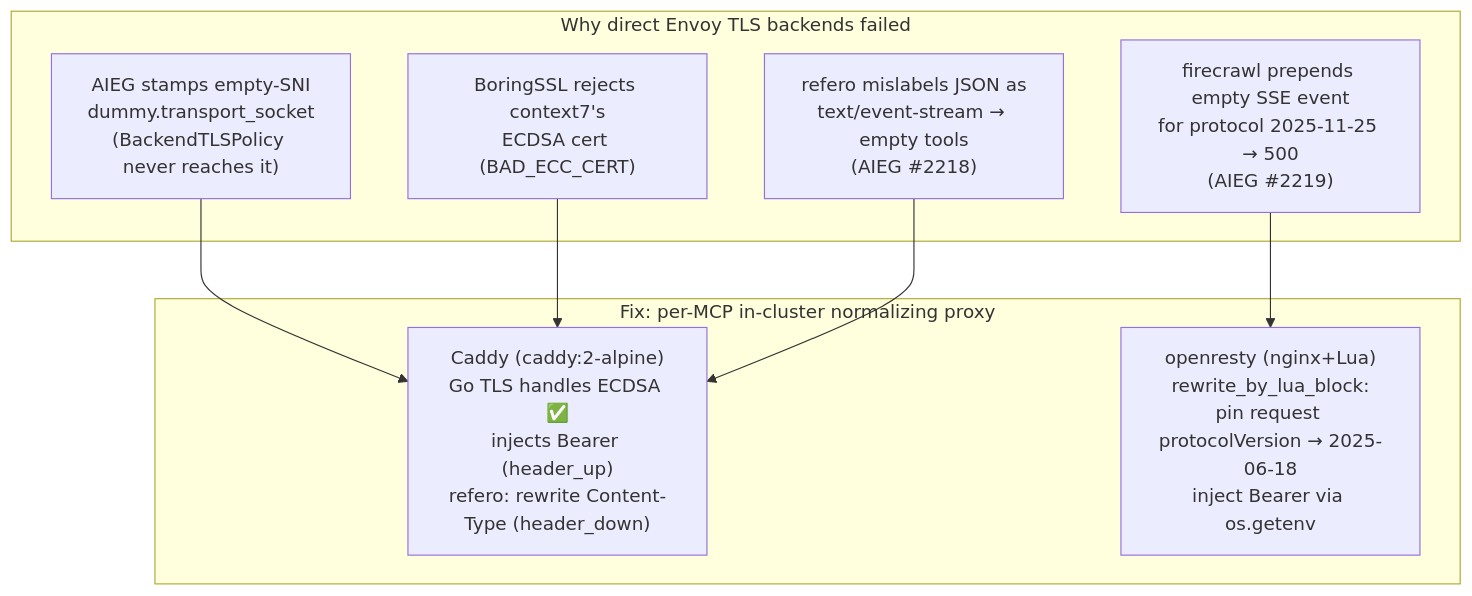
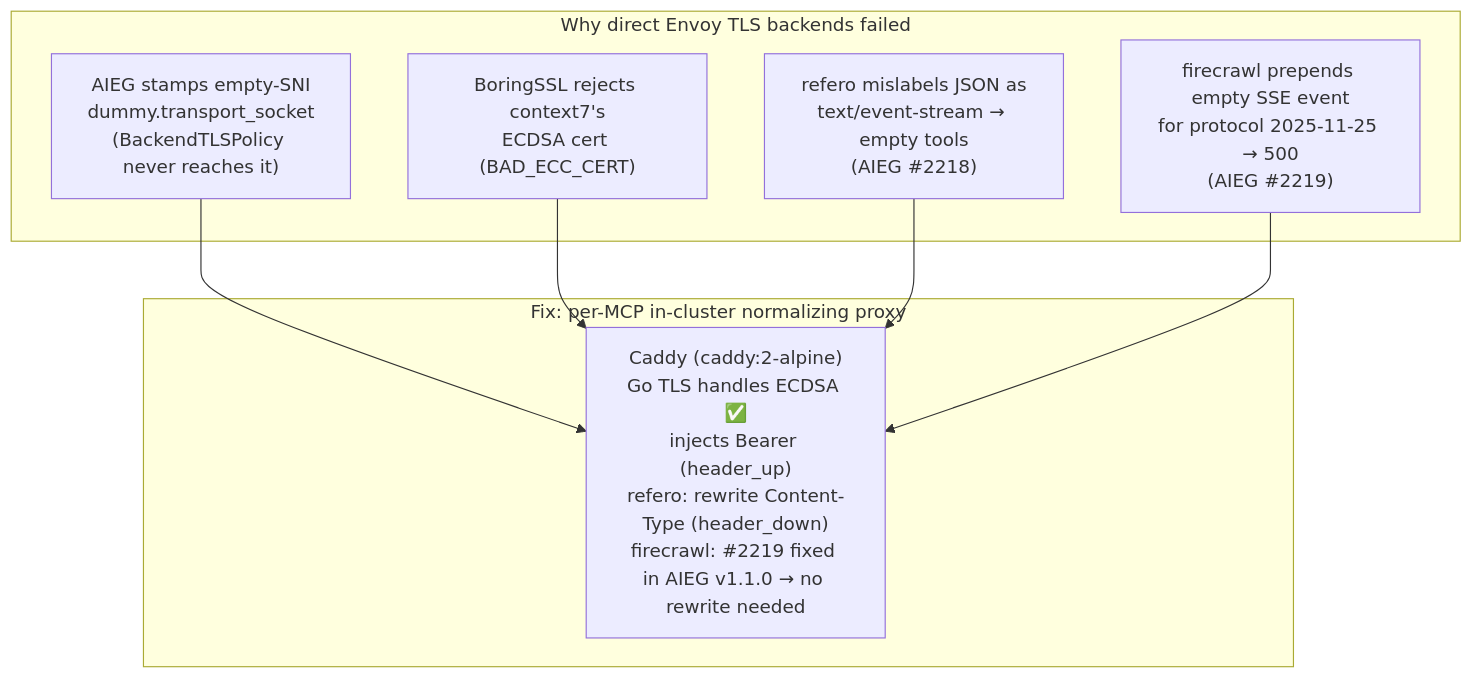
One commit to ADORSYS-GIS/ai-helm changed the third of 4 diagrams in docs/architecture/10-mcp.md. Above: the diagram before and after it, drawn with Mermaid. The commit also changed other lines of this file and 10 other files, not shown here.

````diff
--- a/docs/architecture/10-mcp.md
+++ b/docs/architecture/10-mcp.md
@@ -81,20 +82,19 @@
 ```mermaid
 flowchart TB
     subgraph problems["Why direct Envoy TLS backends failed"]
         P1["AIEG stamps empty-SNI<br/>dummy.transport_socket<br/>(BackendTLSPolicy never reaches it)"]
         P2["BoringSSL rejects context7's<br/>ECDSA cert (BAD_ECC_CERT)"]
         P3["refero mislabels JSON as<br/>text/event-stream → empty tools<br/>(AIEG #2218)"]
         P4["firecrawl prepends empty SSE event<br/>for protocol 2025-11-25 → 500<br/>(AIEG #2219)"]
     end
 
     subgraph fix["Fix: per-MCP in-cluster normalizing proxy"]
-        CADDY["Caddy (caddy:2-alpine)<br/>Go TLS handles ECDSA ✅<br/>injects Bearer (header_up)<br/>refero: rewrite Content-Type (header_down)"]
-        ORS["openresty (nginx+Lua)<br/>rewrite_by_lua_block:<br/>pin request protocolVersion → 2025-06-18<br/>inject Bearer via os.getenv"]
+        CADDY["Caddy (caddy:2-alpine)<br/>Go TLS handles ECDSA ✅<br/>injects Bearer (header_up)<br/>refero: rewrite Content-Type (header_down)<br/>firecrawl: #2219 fixed in AIEG v1.1.0 → no rewrite needed"]
     end
 
     P1 --> CADDY
     P2 --> CADDY
     P3 --> CADDY
-    P4 --> ORS
+    P4 --> CADDY
 
 ```
````
